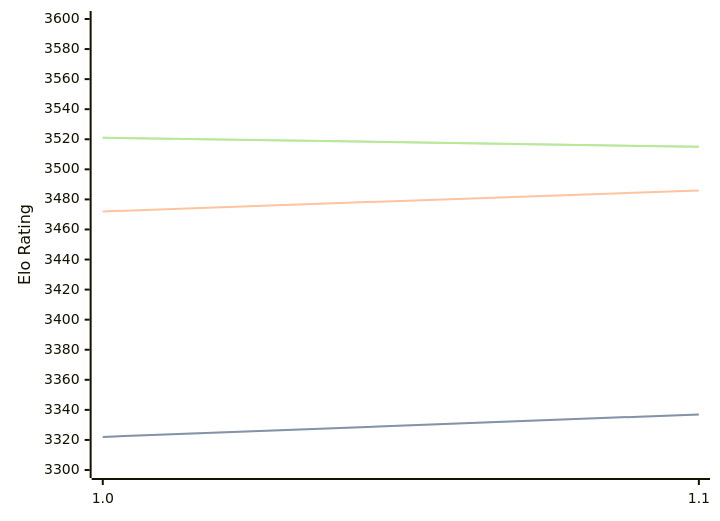
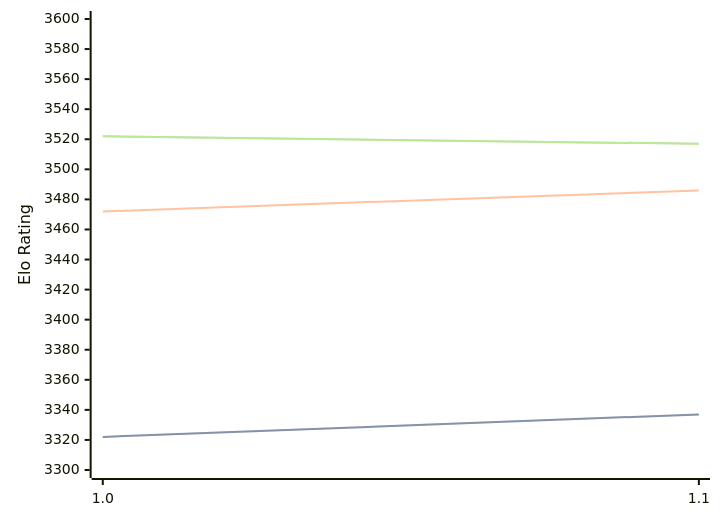
The diagram in engines/Horsie.md (computer-chess-index/cci), drawn with Mermaid before and after one commit. The commit also changed other lines of this file, not shown here.

Commit message:
Update CCI Ratings (ELO VLTC) - 2026-07-22

````diff
--- a/engines/Horsie.md
+++ b/engines/Horsie.md
@@ -32,11 +32,11 @@
 ```mermaid
 %%{init: {"theme":"base","themeVariables":{"seriesColors:['#a3a3a3','#222221','#faa371']}}}%%
 xychart-beta
   x-axis ["1.0", "1.1"]
   y-axis "Elo Rating" 3300 --> 3600
   line "STC (8.0+0.08s)" [3322, 3337]
   line "STC (8.0+0.08s)" [3322, 3337]
   line "LTC (60.0+0.60s)" [3472, 3486]
-  line "VLTC (2m24s+1.12s)" [3521, 3515]
-  line "VLTC (2m24s+1.12s)" [3521, 3515]
+  line "VLTC (2m24s+1.12s)" [3522, 3517]
+  line "VLTC (2m24s+1.12s)" [3522, 3517]
 ```
````
